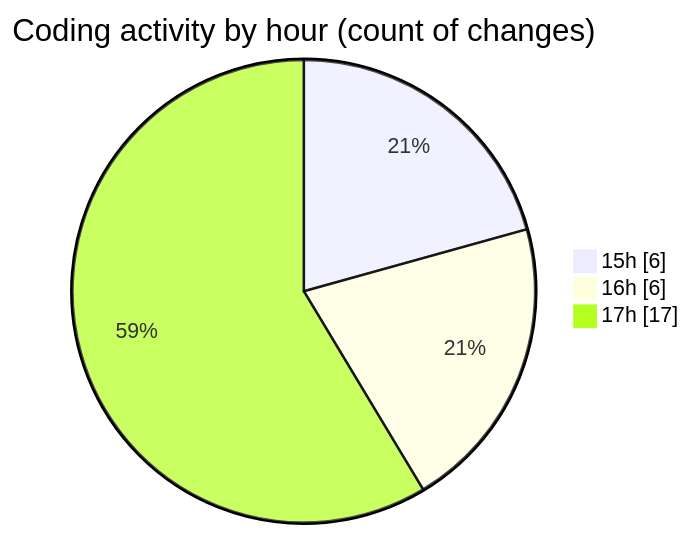
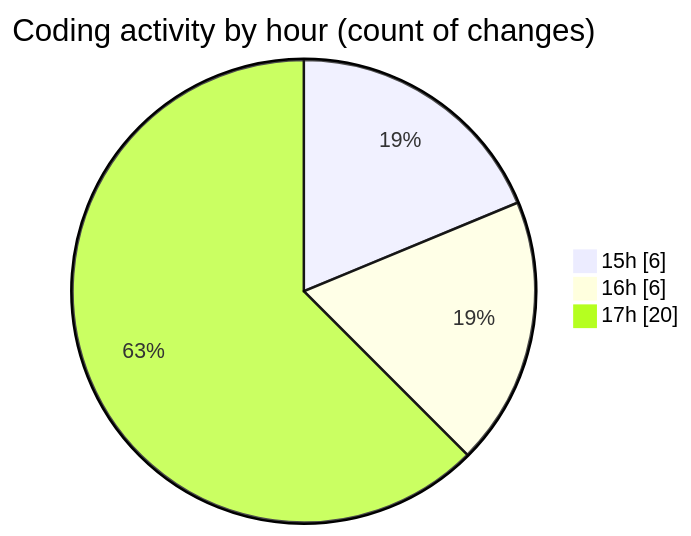
The second of 2 diagrams in 2025-03-25/samplepdf/README.md (momahboobian/code-tracking), drawn with Mermaid before and after one commit. The commit also changed other lines of this file and 1 other file, not shown here.

````diff
--- a/2025-03-25/samplepdf/README.md
+++ b/2025-03-25/samplepdf/README.md
@@ -31,7 +31,7 @@
 ```mermaid
 pie showData
 title Coding activity by hour (count of changes)
 "15h" : 6
 "16h" : 6
-"17h" : 17
+"17h" : 20
 ```
````
